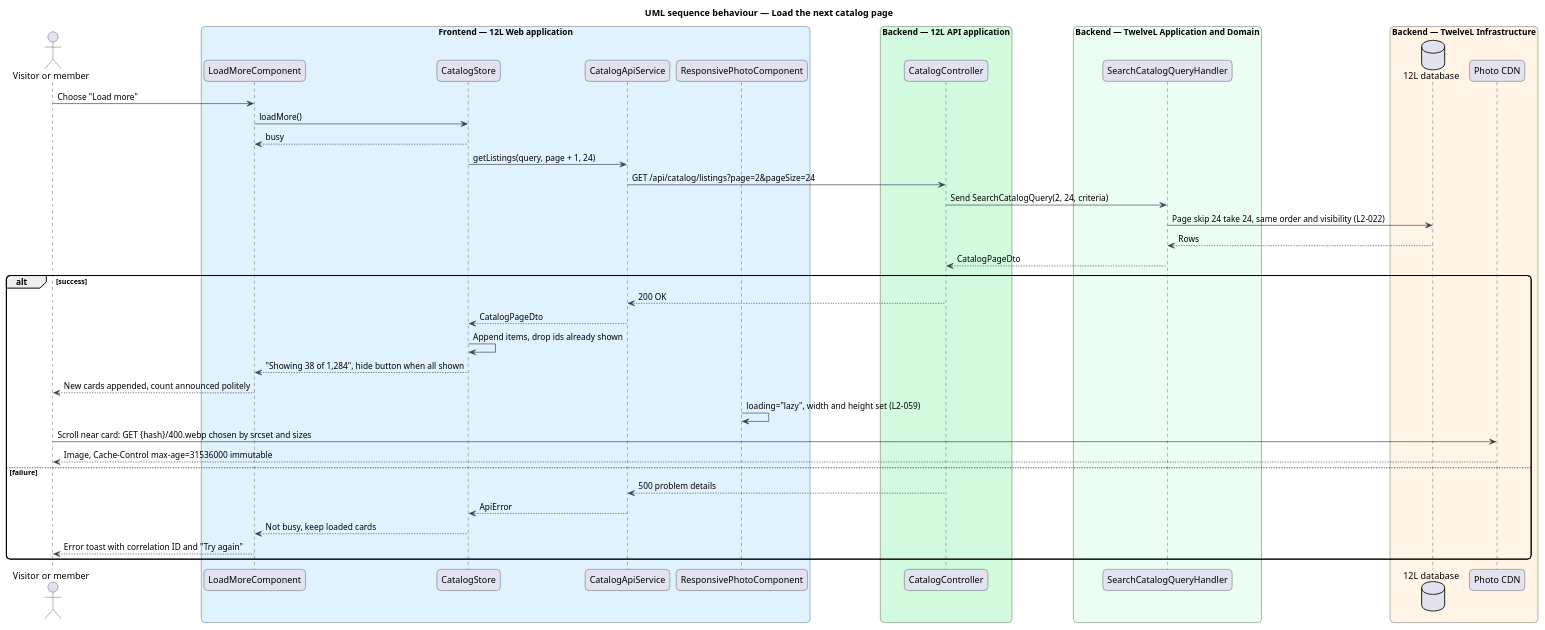
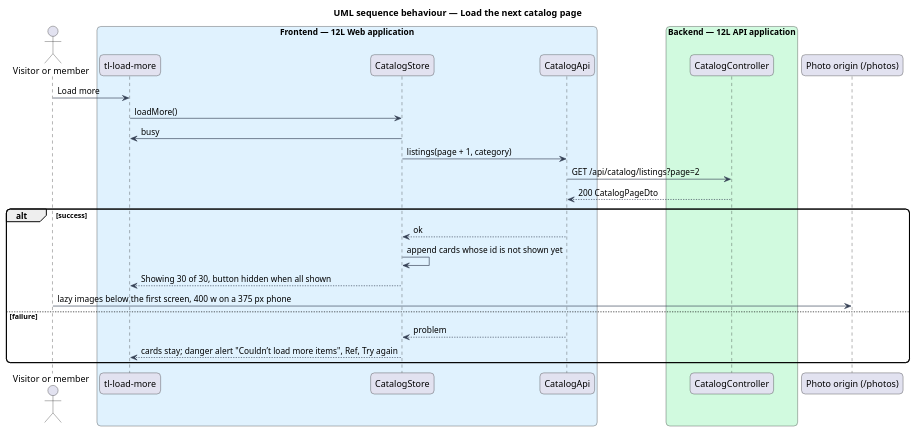
The diagram in docs/detailed-designs/catalog/browse-catalog/diagrams/sequence-load-more.puml (QuinntyneBrown/12l), drawn with PlantUML before and after one commit. The commit also changed 54 other files, not shown here.

```diff
--- a/docs/detailed-designs/catalog/browse-catalog/diagrams/sequence-load-more.puml
+++ b/docs/detailed-designs/catalog/browse-catalog/diagrams/sequence-load-more.puml
@@ -1,49 +1,33 @@
 @startuml
 title UML sequence behaviour — Load the next catalog page
 skinparam backgroundColor #FFFFFF
 skinparam shadowing false
 skinparam roundcorner 12
 skinparam defaultFontName Arial
 skinparam ArrowColor #344054
 actor "Visitor or member" as actor
 box "Frontend — 12L Web application" #E0F2FE
-  participant "LoadMoreComponent" as more
+  participant "tl-load-more" as more
   participant "CatalogStore" as store
-  participant "CatalogApiService" as client
-  participant "ResponsivePhotoComponent" as photo
+  participant "CatalogApi" as client
 end box
 box "Backend — 12L API application" #D1FADF
   participant "CatalogController" as controller
 end box
-box "Backend — TwelveL Application and Domain" #ECFDF3
-  participant "SearchCatalogQueryHandler" as handler
-end box
-box "Backend — TwelveL Infrastructure" #FFF4E5
-  database "12L database" as db
-  participant "Photo CDN" as cdn
-end box
-actor -> more : Choose "Load more"
+participant "Photo origin (/photos)" as photos
+actor -> more : Load more
 more -> store : loadMore()
-store --> more : busy
-store -> client : getListings(query, page + 1, 24)
-client -> controller : GET /api/catalog/listings?page=2&pageSize=24
-controller -> handler : Send SearchCatalogQuery(2, 24, criteria)
-handler -> db : Page skip 24 take 24, same order and visibility (L2-022)
-db --> handler : Rows
-handler --> controller : CatalogPageDto
+store -> more : busy
+store -> client : listings(page + 1, category)
+client -> controller : GET /api/catalog/listings?page=2
+controller --> client : 200 CatalogPageDto
 alt success
-  controller --> client : 200 OK
-  client --> store : CatalogPageDto
-  store -> store : Append items, drop ids already shown
-  store --> more : "Showing 38 of 1,284", hide button when all shown
-  more --> actor : New cards appended, count announced politely
-  photo -> photo : loading="lazy", width and height set (L2-059)
-  actor -> cdn : Scroll near card: GET {hash}/400.webp chosen by srcset and sizes
-  cdn --> actor : Image, Cache-Control max-age=31536000 immutable
+  client --> store : ok
+  store -> store : append cards whose id is not shown yet
+  store --> more : Showing 30 of 30, button hidden when all shown
+  actor -> photos : lazy images below the first screen, 400 w on a 375 px phone
 else failure
-  controller --> client : 500 problem details
-  client --> store : ApiError
-  store --> more : Not busy, keep loaded cards
-  more --> actor : Error toast with correlation ID and "Try again"
+  client --> store : problem
+  store --> more : cards stay; danger alert "Couldn’t load more items", Ref, Try again
 end
 @enduml
```
